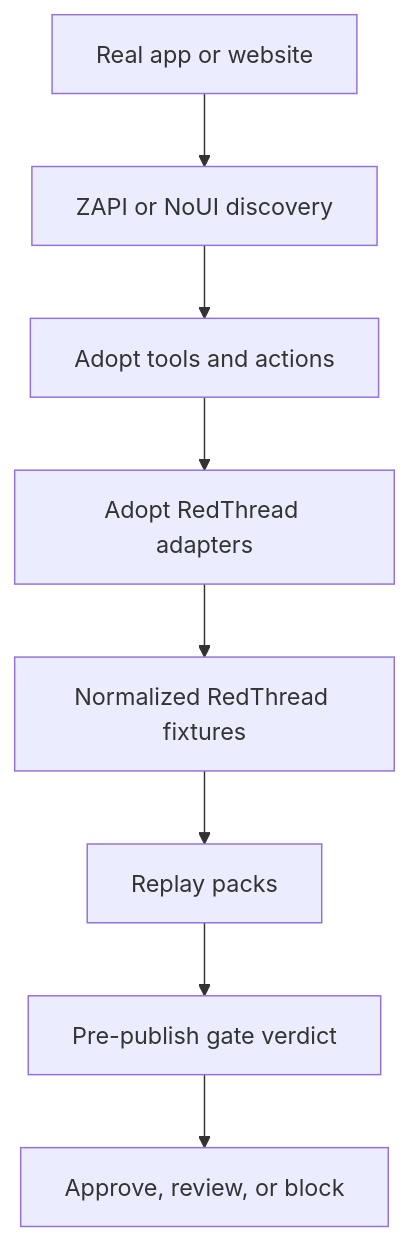
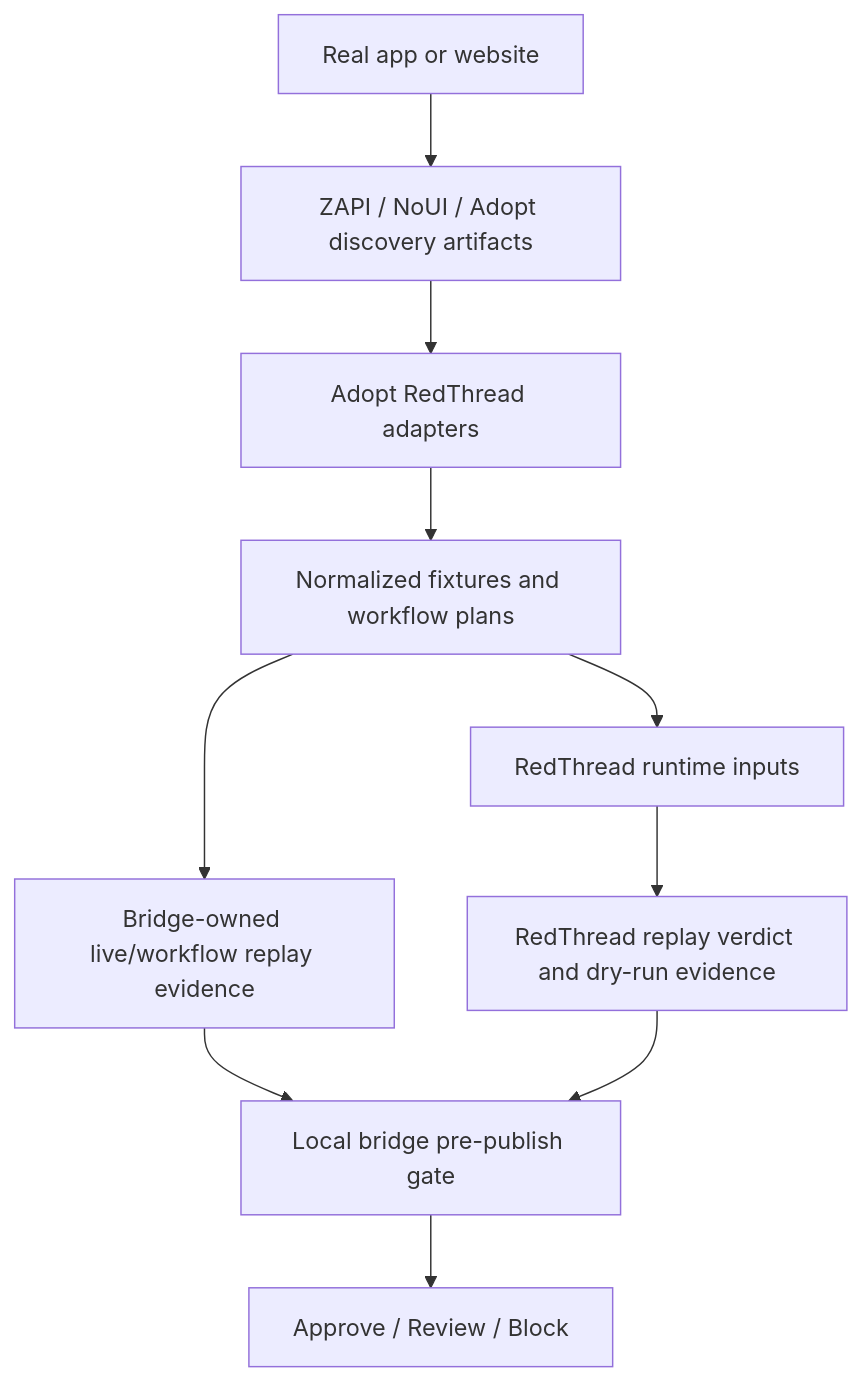
One commit to matheusht/adopt-redthread changed the diagram in README.md. Above: the diagram before and after it, drawn with Mermaid. The commit also changed other lines of this file and 15 other files, not shown here.

````diff
--- a/README.md
+++ b/README.md
@@ -75,10 +86,12 @@
 ```mermaid
 flowchart TD
-    A[Real app or website] --> B[ZAPI or NoUI discovery]
-    B --> C[Adopt tools and actions]
-    C --> D[Adopt RedThread adapters]
-    D --> E[Normalized RedThread fixtures]
-    E --> F[Replay packs]
-    F --> G[Pre-publish gate verdict]
-    G --> H[Approve, review, or block]
+    A[Real app or website] --> B[ZAPI / NoUI / Adopt discovery artifacts]
+    B --> C[Adopt RedThread adapters]
+    C --> D[Normalized fixtures and workflow plans]
+    D --> E[Bridge-owned live/workflow replay evidence]
+    D --> F[RedThread runtime inputs]
+    F --> G[RedThread replay verdict and dry-run evidence]
+    E --> H[Local bridge pre-publish gate]
+    G --> H
+    H --> I[Approve / Review / Block]
 ```
````
